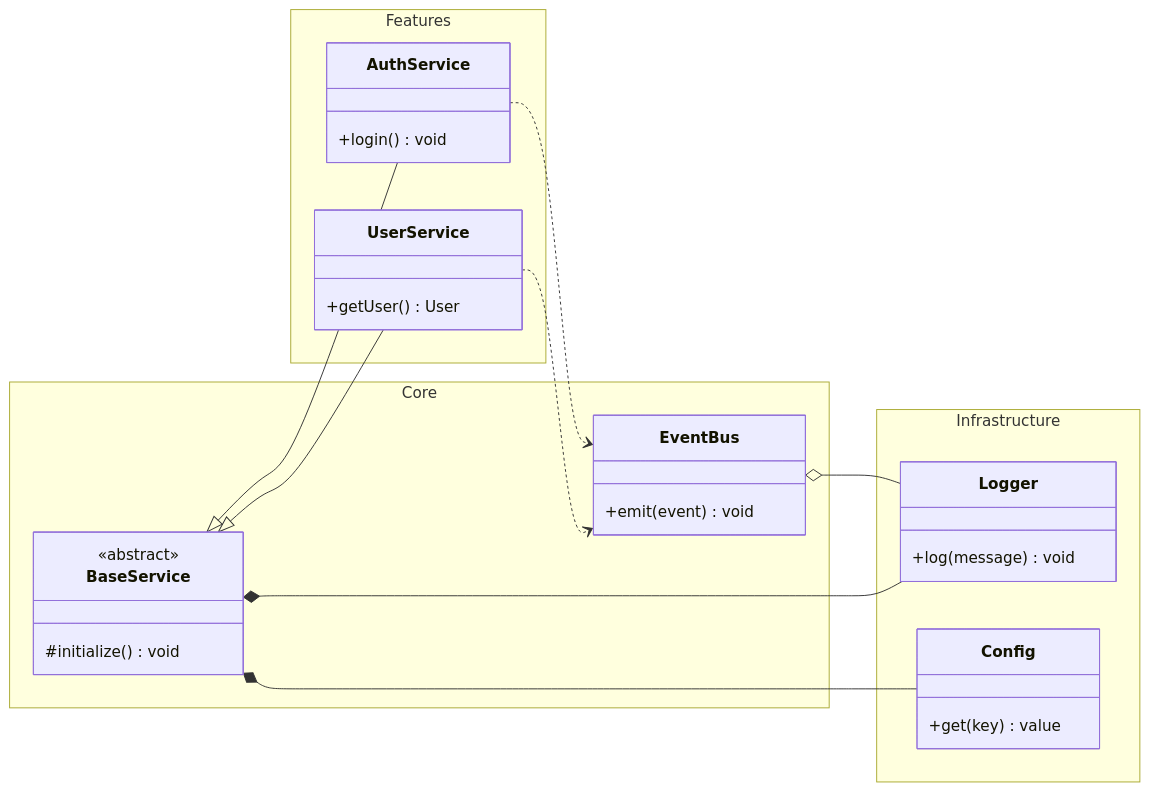
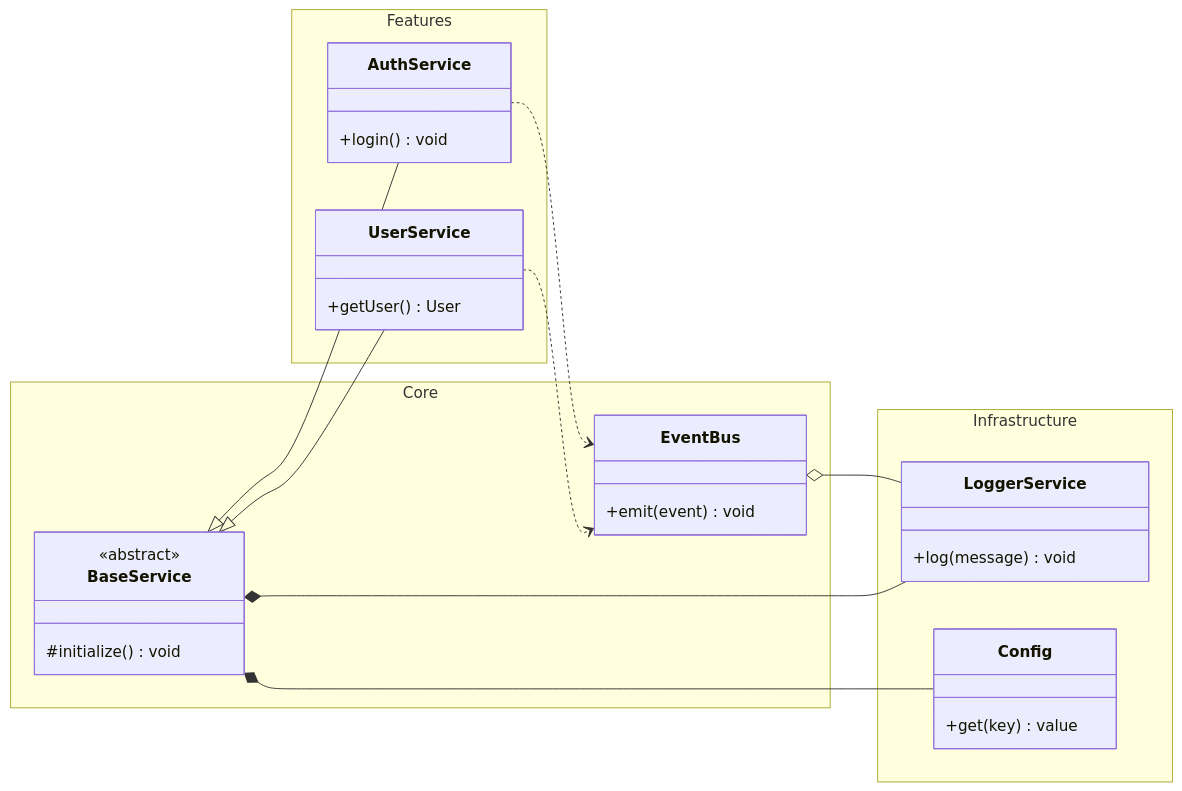
One commit to Vlad92msk/social_network.v2 changed the third of 11 diagrams in tutorials/diagrams/mermaid.md. Above: the diagram before and after it, drawn with Mermaid. The commit also changed other lines of this file and 38 other files, not shown here.

````diff
--- a/tutorials/diagrams/mermaid.md
+++ b/tutorials/diagrams/mermaid.md
@@ -121,47 +121,47 @@
 ```mermaid
 classDiagram
     direction LR
     
     namespace Infrastructure {
-        class Logger {
+        class LoggerService {
             +log(message) void
         }
         class Config {
             +get(key) value
         }
     }
 
     namespace Core {
         class BaseService {
             <<abstract>>
             #initialize() void
         }
         class EventBus {
             +emit(event) void
         }
     }
 
     namespace Features {
         class UserService {
             +getUser() User
         }
         class AuthService {
             +login() void
         }
     }
 
     %% Наследование
     BaseService <|-- UserService
     BaseService <|-- AuthService
 
     %% Композиция
-    BaseService *-- Logger
+    BaseService *-- LoggerService
     BaseService *-- Config
 
     %% Зависимости
     UserService ..> EventBus
     AuthService ..> EventBus
 
     %% Агрегация
-    EventBus o-- Logger
+    EventBus o-- LoggerService
 ```
````
